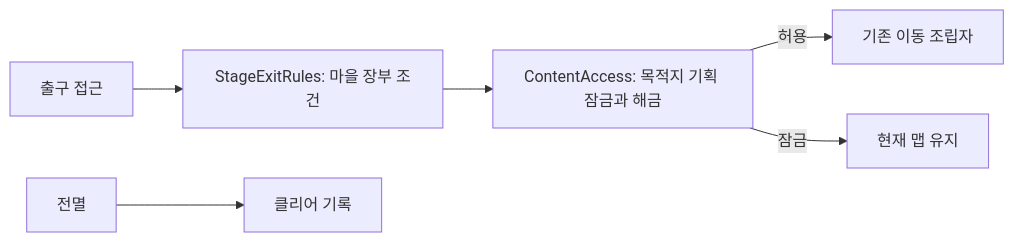
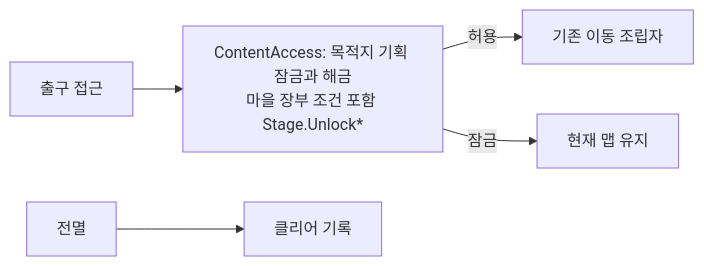
Before and after one commit to lkhwcf-arch/Human_Ghost-: the second of 2 diagrams in Docs/개발자용 설계문서/게임플레이 모듈 구조.md, drawn with Mermaid. The commit also changed other lines of this file and 4 other files, not shown here.

````diff
--- a/Docs/개발자용 설계문서/게임플레이 모듈 구조.md
+++ b/Docs/개발자용 설계문서/게임플레이 모듈 구조.md
@@ -98,8 +98,7 @@
 ```mermaid
 flowchart LR
-    A[출구 접근] --> B[StageExitRules: 마을 장부 조건]
-    B --> C[ContentAccess: 목적지 기획 잠금과 해금]
+    A[출구 접근] --> C[ContentAccess: 목적지 기획 잠금과 해금<br/>마을 장부 조건 포함 Stage.Unlock*]
     C -->|허용| D[기존 이동 조립자]
     C -->|잠금| E[현재 맵 유지]
     F[전멸] --> G[클리어 기록]
 ```
````
